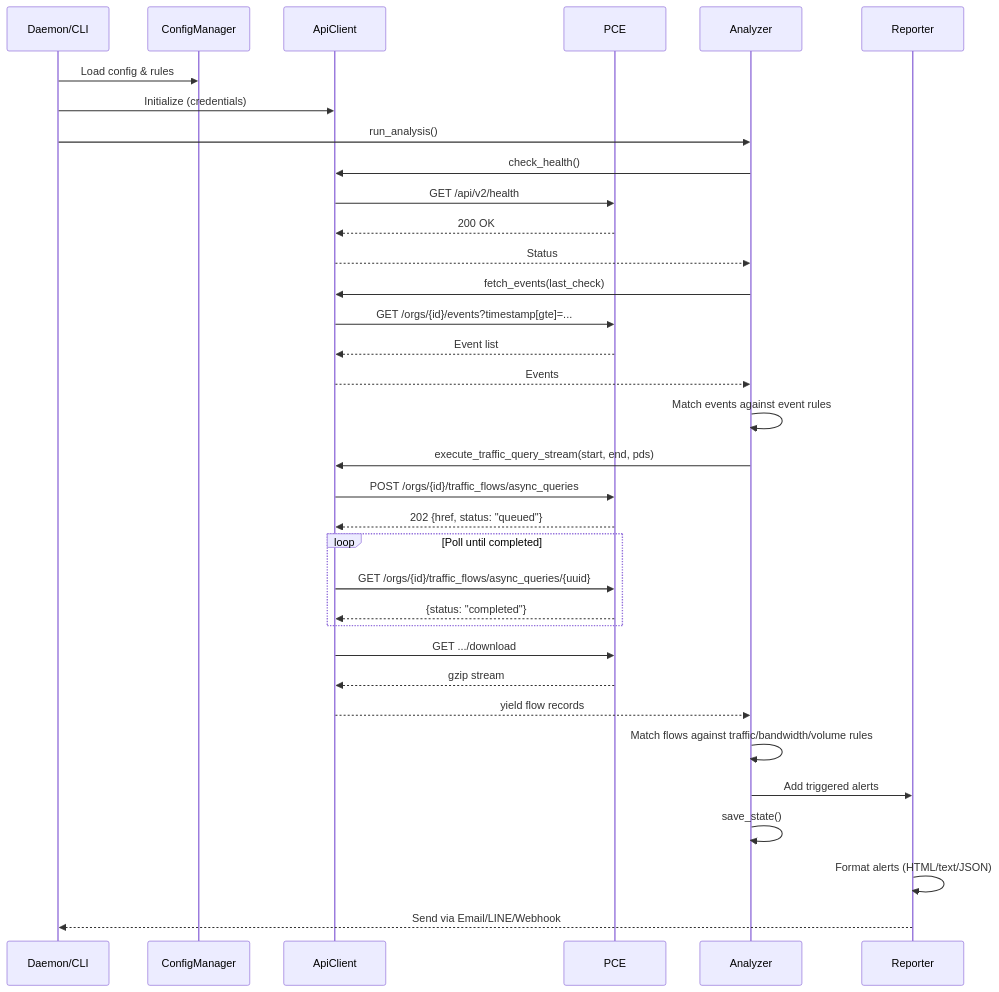
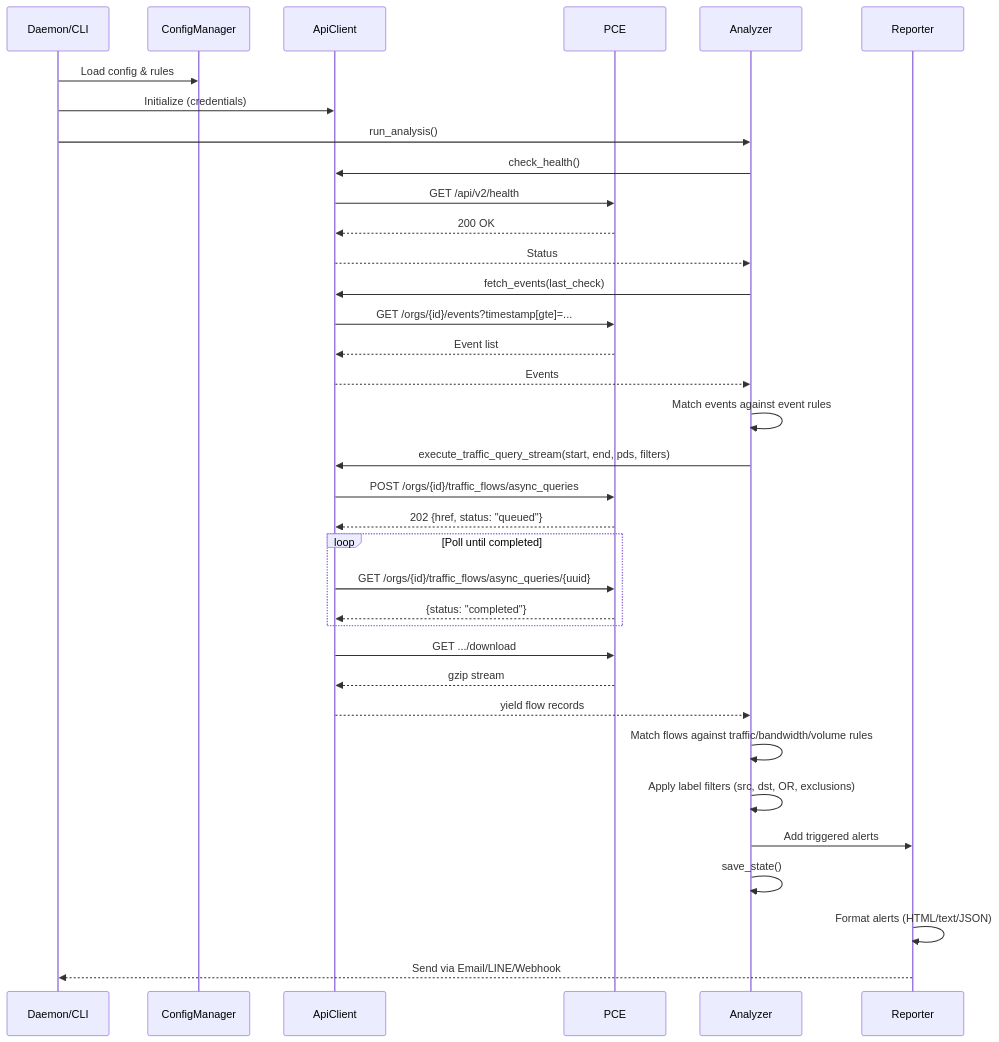
One commit to harry10148/illumio-ops changed the second of 2 diagrams in docs/Project_Architecture.md. Above: the diagram before and after it, drawn with Mermaid. The commit also changed other lines of this file and 15 other files, not shown here.

````diff
--- a/docs/Project_Architecture.md
+++ b/docs/Project_Architecture.md
@@ -230,42 +361,43 @@
 ```mermaid
 sequenceDiagram
     participant D as Daemon/CLI
     participant C as ConfigManager
     participant A as ApiClient
     participant P as PCE
     participant E as Analyzer
     participant R as Reporter
 
     D->>C: Load config & rules
     D->>A: Initialize (credentials)
     D->>E: run_analysis()
 
     E->>A: check_health()
     A->>P: GET /api/v2/health
     P-->>A: 200 OK
     A-->>E: Status
 
     E->>A: fetch_events(last_check)
     A->>P: GET /orgs/{id}/events?timestamp[gte]=...
     P-->>A: Event list
     A-->>E: Events
     E->>E: Match events against event rules
 
-    E->>A: execute_traffic_query_stream(start, end, pds)
+    E->>A: execute_traffic_query_stream(start, end, pds, filters)
     A->>P: POST /orgs/{id}/traffic_flows/async_queries
     P-->>A: 202 {href, status: "queued"}
     loop Poll until completed
         A->>P: GET /orgs/{id}/traffic_flows/async_queries/{uuid}
         P-->>A: {status: "completed"}
     end
     A->>P: GET .../download
     P-->>A: gzip stream
     A-->>E: yield flow records
 
     E->>E: Match flows against traffic/bandwidth/volume rules
+    E->>E: Apply label filters (src, dst, OR, exclusions)
     E->>R: Add triggered alerts
     E->>E: save_state()
 
     R->>R: Format alerts (HTML/text/JSON)
     R-->>D: Send via Email/LINE/Webhook
 ```
````
